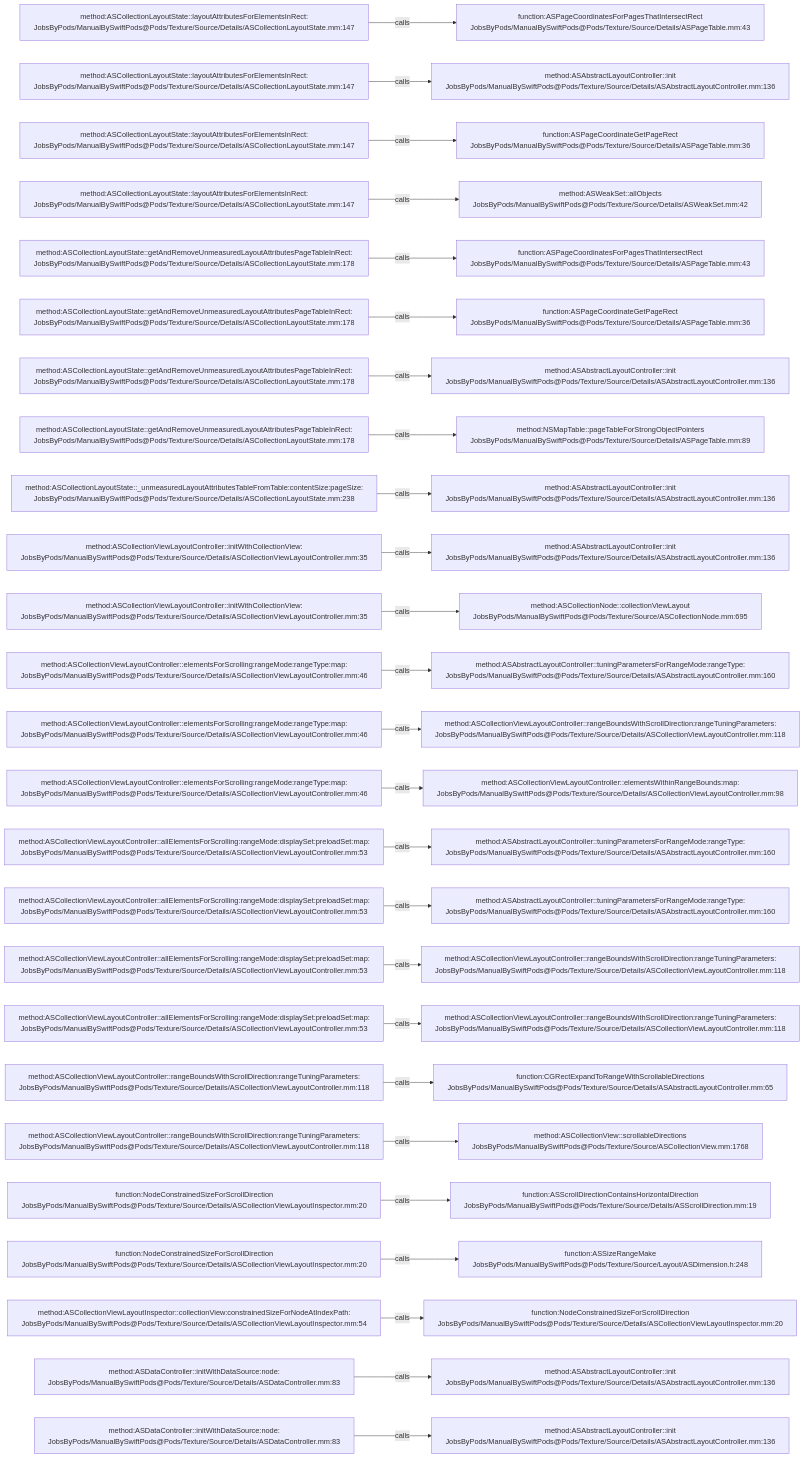
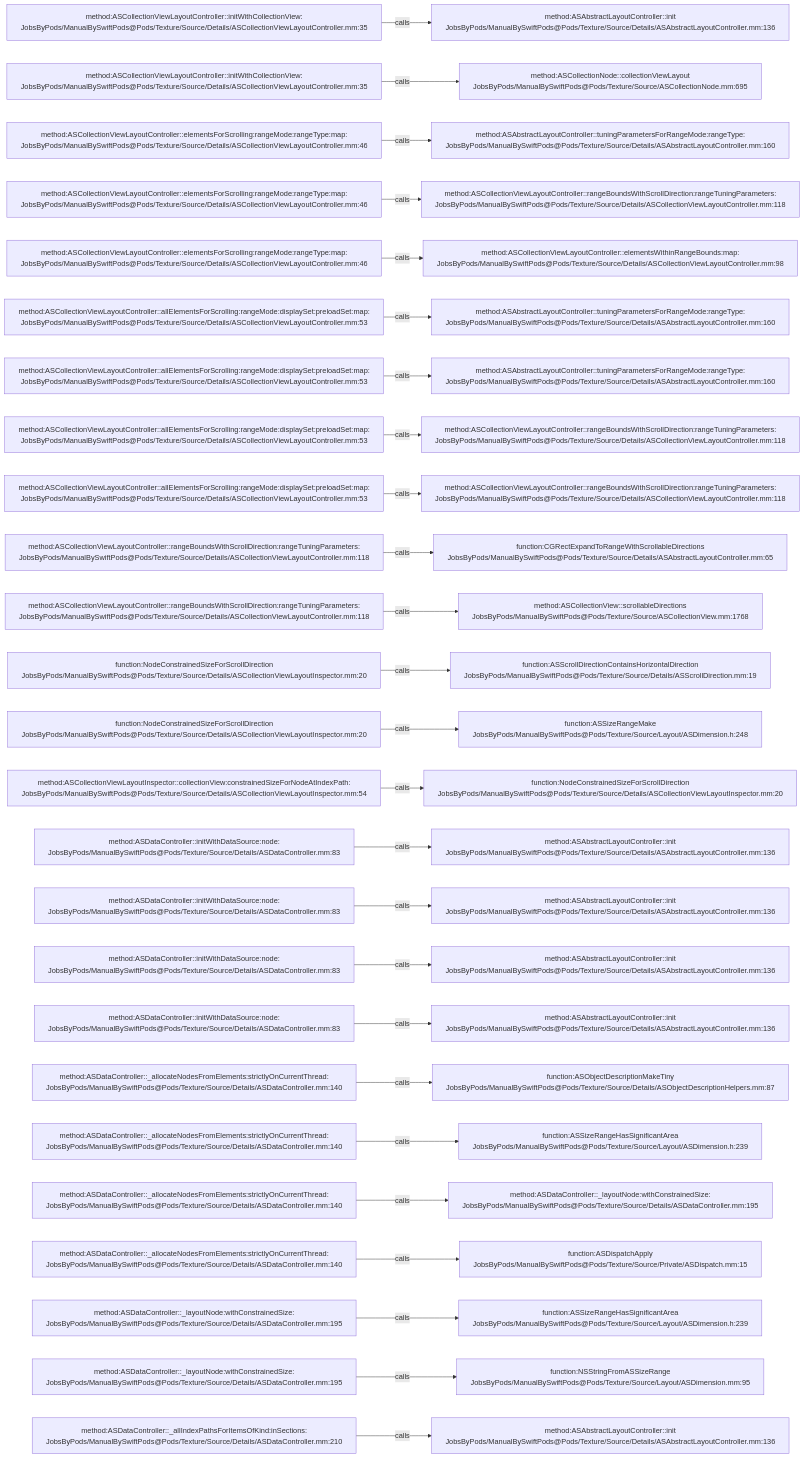
The diagram in .codegraph/codegraph.md/graphs/calls-084.md (JobsKits/JobsSwiftBaseConfigDemo), drawn with Mermaid before and after one commit. The commit also changed 707 other files, not shown here.

````diff
--- a/.codegraph/codegraph.md/graphs/calls-084.md
+++ b/.codegraph/codegraph.md/graphs/calls-084.md
@@ -13,78 +13,78 @@
 ```mermaid
 flowchart LR
-  S1["method:ASCollectionLayoutState::layoutAttributesForElementsInRect:<br/>JobsByPods/ManualBySwiftPods@Pods/Texture/Source/Details/ASCollectionLayoutState.mm:147"]
-  T1["function:ASPageCoordinatesForPagesThatIntersectRect<br/>JobsByPods/ManualBySwiftPods@Pods/Texture/Source/Details/ASPageTable.mm:43"]
+  S1["method:ASCollectionViewLayoutController::initWithCollectionView:<br/>JobsByPods/ManualBySwiftPods@Pods/Texture/Source/Details/ASCollectionViewLayoutController.mm:35"]
+  T1["method:ASAbstractLayoutController::init<br/>JobsByPods/ManualBySwiftPods@Pods/Texture/Source/Details/ASAbstractLayoutController.mm:136"]
   S1 -->|calls| T1
-  S2["method:ASCollectionLayoutState::layoutAttributesForElementsInRect:<br/>JobsByPods/ManualBySwiftPods@Pods/Texture/Source/Details/ASCollectionLayoutState.mm:147"]
-  T2["method:ASAbstractLayoutController::init<br/>JobsByPods/ManualBySwiftPods@Pods/Texture/Source/Details/ASAbstractLayoutController.mm:136"]
+  S2["method:ASCollectionViewLayoutController::initWithCollectionView:<br/>JobsByPods/ManualBySwiftPods@Pods/Texture/Source/Details/ASCollectionViewLayoutController.mm:35"]
+  T2["method:ASCollectionNode::collectionViewLayout<br/>JobsByPods/ManualBySwiftPods@Pods/Texture/Source/ASCollectionNode.mm:695"]
   S2 -->|calls| T2
-  S3["method:ASCollectionLayoutState::layoutAttributesForElementsInRect:<br/>JobsByPods/ManualBySwiftPods@Pods/Texture/Source/Details/ASCollectionLayoutState.mm:147"]
-  T3["function:ASPageCoordinateGetPageRect<br/>JobsByPods/ManualBySwiftPods@Pods/Texture/Source/Details/ASPageTable.mm:36"]
+  S3["method:ASCollectionViewLayoutController::elementsForScrolling:rangeMode:rangeType:map:<br/>JobsByPods/ManualBySwiftPods@Pods/Texture/Source/Details/ASCollectionViewLayoutController.mm:46"]
+  T3["method:ASAbstractLayoutController::tuningParametersForRangeMode:rangeType:<br/>JobsByPods/ManualBySwiftPods@Pods/Texture/Source/Details/ASAbstractLayoutController.mm:160"]
   S3 -->|calls| T3
-  S4["method:ASCollectionLayoutState::layoutAttributesForElementsInRect:<br/>JobsByPods/ManualBySwiftPods@Pods/Texture/Source/Details/ASCollectionLayoutState.mm:147"]
-  T4["method:ASWeakSet::allObjects<br/>JobsByPods/ManualBySwiftPods@Pods/Texture/Source/Details/ASWeakSet.mm:42"]
+  S4["method:ASCollectionViewLayoutController::elementsForScrolling:rangeMode:rangeType:map:<br/>JobsByPods/ManualBySwiftPods@Pods/Texture/Source/Details/ASCollectionViewLayoutController.mm:46"]
+  T4["method:ASCollectionViewLayoutController::rangeBoundsWithScrollDirection:rangeTuningParameters:<br/>JobsByPods/ManualBySwiftPods@Pods/Texture/Source/Details/ASCollectionViewLayoutController.mm:118"]
   S4 -->|calls| T4
-  S5["method:ASCollectionLayoutState::getAndRemoveUnmeasuredLayoutAttributesPageTableInRect:<br/>JobsByPods/ManualBySwiftPods@Pods/Texture/Source/Details/ASCollectionLayoutState.mm:178"]
-  T5["function:ASPageCoordinatesForPagesThatIntersectRect<br/>JobsByPods/ManualBySwiftPods@Pods/Texture/Source/Details/ASPageTable.mm:43"]
+  S5["method:ASCollectionViewLayoutController::elementsForScrolling:rangeMode:rangeType:map:<br/>JobsByPods/ManualBySwiftPods@Pods/Texture/Source/Details/ASCollectionViewLayoutController.mm:46"]
+  T5["method:ASCollectionViewLayoutController::elementsWithinRangeBounds:map:<br/>JobsByPods/ManualBySwiftPods@Pods/Texture/Source/Details/ASCollectionViewLayoutController.mm:98"]
   S5 -->|calls| T5
-  S6["method:ASCollectionLayoutState::getAndRemoveUnmeasuredLayoutAttributesPageTableInRect:<br/>JobsByPods/ManualBySwiftPods@Pods/Texture/Source/Details/ASCollectionLayoutState.mm:178"]
-  T6["function:ASPageCoordinateGetPageRect<br/>JobsByPods/ManualBySwiftPods@Pods/Texture/Source/Details/ASPageTable.mm:36"]
+  S6["method:ASCollectionViewLayoutController::allElementsForScrolling:rangeMode:displaySet:preloadSet:map:<br/>JobsByPods/ManualBySwiftPods@Pods/Texture/Source/Details/ASCollectionViewLayoutController.mm:53"]
+  T6["method:ASAbstractLayoutController::tuningParametersForRangeMode:rangeType:<br/>JobsByPods/ManualBySwiftPods@Pods/Texture/Source/Details/ASAbstractLayoutController.mm:160"]
   S6 -->|calls| T6
-  S7["method:ASCollectionLayoutState::getAndRemoveUnmeasuredLayoutAttributesPageTableInRect:<br/>JobsByPods/ManualBySwiftPods@Pods/Texture/Source/Details/ASCollectionLayoutState.mm:178"]
-  T7["method:ASAbstractLayoutController::init<br/>JobsByPods/ManualBySwiftPods@Pods/Texture/Source/Details/ASAbstractLayoutController.mm:136"]
+  S7["method:ASCollectionViewLayoutController::allElementsForScrolling:rangeMode:displaySet:preloadSet:map:<br/>JobsByPods/ManualBySwiftPods@Pods/Texture/Source/Details/ASCollectionViewLayoutController.mm:53"]
+  T7["method:ASAbstractLayoutController::tuningParametersForRangeMode:rangeType:<br/>JobsByPods/ManualBySwiftPods@Pods/Texture/Source/Details/ASAbstractLayoutController.mm:160"]
   S7 -->|calls| T7
-  S8["method:ASCollectionLayoutState::getAndRemoveUnmeasuredLayoutAttributesPageTableInRect:<br/>JobsByPods/ManualBySwiftPods@Pods/Texture/Source/Details/ASCollectionLayoutState.mm:178"]
-  T8["method:NSMapTable::pageTableForStrongObjectPointers<br/>JobsByPods/ManualBySwiftPods@Pods/Texture/Source/Details/ASPageTable.mm:89"]
+  S8["method:ASCollectionViewLayoutController::allElementsForScrolling:rangeMode:displaySet:preloadSet:map:<br/>JobsByPods/ManualBySwiftPods@Pods/Texture/Source/Details/ASCollectionViewLayoutController.mm:53"]
+  T8["method:ASCollectionViewLayoutController::rangeBoundsWithScrollDirection:rangeTuningParameters:<br/>JobsByPods/ManualBySwiftPods@Pods/Texture/Source/Details/ASCollectionViewLayoutController.mm:118"]
   S8 -->|calls| T8
-  S9["method:ASCollectionLayoutState::_unmeasuredLayoutAttributesTableFromTable:contentSize:pageSize:<br/>JobsByPods/ManualBySwiftPods@Pods/Texture/Source/Details/ASCollectionLayoutState.mm:238"]
-  T9["method:ASAbstractLayoutController::init<br/>JobsByPods/ManualBySwiftPods@Pods/Texture/Source/Details/ASAbstractLayoutController.mm:136"]
+  S9["method:ASCollectionViewLayoutController::allElementsForScrolling:rangeMode:displaySet:preloadSet:map:<br/>JobsByPods/ManualBySwiftPods@Pods/Texture/Source/Details/ASCollectionViewLayoutController.mm:53"]
+  T9["method:ASCollectionViewLayoutController::rangeBoundsWithScrollDirection:rangeTuningParameters:<br/>JobsByPods/ManualBySwiftPods@Pods/Texture/Source/Details/ASCollectionViewLayoutController.mm:118"]
   S9 -->|calls| T9
-  S10["method:ASCollectionViewLayoutController::initWithCollectionView:<br/>JobsByPods/ManualBySwiftPods@Pods/Texture/Source/Details/ASCollectionViewLayoutController.mm:35"]
-  T10["method:ASAbstractLayoutController::init<br/>JobsByPods/ManualBySwiftPods@Pods/Texture/Source/Details/ASAbstractLayoutController.mm:136"]
+  S10["method:ASCollectionViewLayoutController::rangeBoundsWithScrollDirection:rangeTuningParameters:<br/>JobsByPods/ManualBySwiftPods@Pods/Texture/Source/Details/ASCollectionViewLayoutController.mm:118"]
+  T10["function:CGRectExpandToRangeWithScrollableDirections<br/>JobsByPods/ManualBySwiftPods@Pods/Texture/Source/Details/ASAbstractLayoutController.mm:65"]
   S10 -->|calls| T10
-  S11["method:ASCollectionViewLayoutController::initWithCollectionView:<br/>JobsByPods/ManualBySwiftPods@Pods/Texture/Source/Details/ASCollectionViewLayoutController.mm:35"]
-  T11["method:ASCollectionNode::collectionViewLayout<br/>JobsByPods/ManualBySwiftPods@Pods/Texture/Source/ASCollectionNode.mm:695"]
+  S11["method:ASCollectionViewLayoutController::rangeBoundsWithScrollDirection:rangeTuningParameters:<br/>JobsByPods/ManualBySwiftPods@Pods/Texture/Source/Details/ASCollectionViewLayoutController.mm:118"]
+  T11["method:ASCollectionView::scrollableDirections<br/>JobsByPods/ManualBySwiftPods@Pods/Texture/Source/ASCollectionView.mm:1768"]
   S11 -->|calls| T11
-  S12["method:ASCollectionViewLayoutController::elementsForScrolling:rangeMode:rangeType:map:<br/>JobsByPods/ManualBySwiftPods@Pods/Texture/Source/Details/ASCollectionViewLayoutController.mm:46"]
-  T12["method:ASAbstractLayoutController::tuningParametersForRangeMode:rangeType:<br/>JobsByPods/ManualBySwiftPods@Pods/Texture/Source/Details/ASAbstractLayoutController.mm:160"]
+  S12["function:NodeConstrainedSizeForScrollDirection<br/>JobsByPods/ManualBySwiftPods@Pods/Texture/Source/Details/ASCollectionViewLayoutInspector.mm:20"]
+  T12["function:ASScrollDirectionContainsHorizontalDirection<br/>JobsByPods/ManualBySwiftPods@Pods/Texture/Source/Details/ASScrollDirection.mm:19"]
   S12 -->|calls| T12
-  S13["method:ASCollectionViewLayoutController::elementsForScrolling:rangeMode:rangeType:map:<br/>JobsByPods/ManualBySwiftPods@Pods/Texture/Source/Details/ASCollectionViewLayoutController.mm:46"]
-  T13["method:ASCollectionViewLayoutController::rangeBoundsWithScrollDirection:rangeTuningParameters:<br/>JobsByPods/ManualBySwiftPods@Pods/Texture/Source/Details/ASCollectionViewLayoutController.mm:118"]
+  S13["function:NodeConstrainedSizeForScrollDirection<br/>JobsByPods/ManualBySwiftPods@Pods/Texture/Source/Details/ASCollectionViewLayoutInspector.mm:20"]
+  T13["function:ASSizeRangeMake<br/>JobsByPods/ManualBySwiftPods@Pods/Texture/Source/Layout/ASDimension.h:248"]
   S13 -->|calls| T13
-  S14["method:ASCollectionViewLayoutController::elementsForScrolling:rangeMode:rangeType:map:<br/>JobsByPods/ManualBySwiftPods@Pods/Texture/Source/Details/ASCollectionViewLayoutController.mm:46"]
-  T14["method:ASCollectionViewLayoutController::elementsWithinRangeBounds:map:<br/>JobsByPods/ManualBySwiftPods@Pods/Texture/Source/Details/ASCollectionViewLayoutController.mm:98"]
+  S14["method:ASCollectionViewLayoutInspector::collectionView:constrainedSizeForNodeAtIndexPath:<br/>JobsByPods/ManualBySwiftPods@Pods/Texture/Source/Details/ASCollectionViewLayoutInspector.mm:54"]
+  T14["function:NodeConstrainedSizeForScrollDirection<br/>JobsByPods/ManualBySwiftPods@Pods/Texture/Source/Details/ASCollectionViewLayoutInspector.mm:20"]
   S14 -->|calls| T14
-  S15["method:ASCollectionViewLayoutController::allElementsForScrolling:rangeMode:displaySet:preloadSet:map:<br/>JobsByPods/ManualBySwiftPods@Pods/Texture/Source/Details/ASCollectionViewLayoutController.mm:53"]
-  T15["method:ASAbstractLayoutController::tuningParametersForRangeMode:rangeType:<br/>JobsByPods/ManualBySwiftPods@Pods/Texture/Source/Details/ASAbstractLayoutController.mm:160"]
+  S15["method:ASDataController::initWithDataSource:node:<br/>JobsByPods/ManualBySwiftPods@Pods/Texture/Source/Details/ASDataController.mm:83"]
+  T15["method:ASAbstractLayoutController::init<br/>JobsByPods/ManualBySwiftPods@Pods/Texture/Source/Details/ASAbstractLayoutController.mm:136"]
   S15 -->|calls| T15
-  S16["method:ASCollectionViewLayoutController::allElementsForScrolling:rangeMode:displaySet:preloadSet:map:<br/>JobsByPods/ManualBySwiftPods@Pods/Texture/Source/Details/ASCollectionViewLayoutController.mm:53"]
-  T16["method:ASAbstractLayoutController::tuningParametersForRangeMode:rangeType:<br/>JobsByPods/ManualBySwiftPods@Pods/Texture/Source/Details/ASAbstractLayoutController.mm:160"]
+  S16["method:ASDataController::initWithDataSource:node:<br/>JobsByPods/ManualBySwiftPods@Pods/Texture/Source/Details/ASDataController.mm:83"]
+  T16["method:ASAbstractLayoutController::init<br/>JobsByPods/ManualBySwiftPods@Pods/Texture/Source/Details/ASAbstractLayoutController.mm:136"]
   S16 -->|calls| T16
-  S17["method:ASCollectionViewLayoutController::allElementsForScrolling:rangeMode:displaySet:preloadSet:map:<br/>JobsByPods/ManualBySwiftPods@Pods/Texture/Source/Details/ASCollectionViewLayoutController.mm:53"]
-  T17["method:ASCollectionViewLayoutController::rangeBoundsWithScrollDirection:rangeTuningParameters:<br/>JobsByPods/ManualBySwiftPods@Pods/Texture/Source/Details/ASCollectionViewLayoutController.mm:118"]
+  S17["method:ASDataController::initWithDataSource:node:<br/>JobsByPods/ManualBySwiftPods@Pods/Texture/Source/Details/ASDataController.mm:83"]
+  T17["method:ASAbstractLayoutController::init<br/>JobsByPods/ManualBySwiftPods@Pods/Texture/Source/Details/ASAbstractLayoutController.mm:136"]
   S17 -->|calls| T17
-  S18["method:ASCollectionViewLayoutController::allElementsForScrolling:rangeMode:displaySet:preloadSet:map:<br/>JobsByPods/ManualBySwiftPods@Pods/Texture/Source/Details/ASCollectionViewLayoutController.mm:53"]
-  T18["method:ASCollectionViewLayoutController::rangeBoundsWithScrollDirection:rangeTuningParameters:<br/>JobsByPods/ManualBySwiftPods@Pods/Texture/Source/Details/ASCollectionViewLayoutController.mm:118"]
+  S18["method:ASDataController::initWithDataSource:node:<br/>JobsByPods/ManualBySwiftPods@Pods/Texture/Source/Details/ASDataController.mm:83"]
+  T18["method:ASAbstractLayoutController::init<br/>JobsByPods/ManualBySwiftPods@Pods/Texture/Source/Details/ASAbstractLayoutController.mm:136"]
   S18 -->|calls| T18
-  S19["method:ASCollectionViewLayoutController::rangeBoundsWithScrollDirection:rangeTuningParameters:<br/>JobsByPods/ManualBySwiftPods@Pods/Texture/Source/Details/ASCollectionViewLayoutController.mm:118"]
-  T19["function:CGRectExpandToRangeWithScrollableDirections<br/>JobsByPods/ManualBySwiftPods@Pods/Texture/Source/Details/ASAbstractLayoutController.mm:65"]
+  S19["method:ASDataController::_allocateNodesFromElements:strictlyOnCurrentThread:<br/>JobsByPods/ManualBySwiftPods@Pods/Texture/Source/Details/ASDataController.mm:140"]
+  T19["function:ASObjectDescriptionMakeTiny<br/>JobsByPods/ManualBySwiftPods@Pods/Texture/Source/Details/ASObjectDescriptionHelpers.mm:87"]
   S19 -->|calls| T19
-  S20["method:ASCollectionViewLayoutController::rangeBoundsWithScrollDirection:rangeTuningParameters:<br/>JobsByPods/ManualBySwiftPods@Pods/Texture/Source/Details/ASCollectionViewLayoutController.mm:118"]
-  T20["method:ASCollectionView::scrollableDirections<br/>JobsByPods/ManualBySwiftPods@Pods/Texture/Source/ASCollectionView.mm:1768"]
+  S20["method:ASDataController::_allocateNodesFromElements:strictlyOnCurrentThread:<br/>JobsByPods/ManualBySwiftPods@Pods/Texture/Source/Details/ASDataController.mm:140"]
+  T20["function:ASSizeRangeHasSignificantArea<br/>JobsByPods/ManualBySwiftPods@Pods/Texture/Source/Layout/ASDimension.h:239"]
   S20 -->|calls| T20
-  S21["function:NodeConstrainedSizeForScrollDirection<br/>JobsByPods/ManualBySwiftPods@Pods/Texture/Source/Details/ASCollectionViewLayoutInspector.mm:20"]
-  T21["function:ASScrollDirectionContainsHorizontalDirection<br/>JobsByPods/ManualBySwiftPods@Pods/Texture/Source/Details/ASScrollDirection.mm:19"]
+  S21["method:ASDataController::_allocateNodesFromElements:strictlyOnCurrentThread:<br/>JobsByPods/ManualBySwiftPods@Pods/Texture/Source/Details/ASDataController.mm:140"]
+  T21["method:ASDataController::_layoutNode:withConstrainedSize:<br/>JobsByPods/ManualBySwiftPods@Pods/Texture/Source/Details/ASDataController.mm:195"]
   S21 -->|calls| T21
-  S22["function:NodeConstrainedSizeForScrollDirection<br/>JobsByPods/ManualBySwiftPods@Pods/Texture/Source/Details/ASCollectionViewLayoutInspector.mm:20"]
-  T22["function:ASSizeRangeMake<br/>JobsByPods/ManualBySwiftPods@Pods/Texture/Source/Layout/ASDimension.h:248"]
+  S22["method:ASDataController::_allocateNodesFromElements:strictlyOnCurrentThread:<br/>JobsByPods/ManualBySwiftPods@Pods/Texture/Source/Details/ASDataController.mm:140"]
+  T22["function:ASDispatchApply<br/>JobsByPods/ManualBySwiftPods@Pods/Texture/Source/Private/ASDispatch.mm:15"]
   S22 -->|calls| T22
-  S23["method:ASCollectionViewLayoutInspector::collectionView:constrainedSizeForNodeAtIndexPath:<br/>JobsByPods/ManualBySwiftPods@Pods/Texture/Source/Details/ASCollectionViewLayoutInspector.mm:54"]
-  T23["function:NodeConstrainedSizeForScrollDirection<br/>JobsByPods/ManualBySwiftPods@Pods/Texture/Source/Details/ASCollectionViewLayoutInspector.mm:20"]
+  S23["method:ASDataController::_layoutNode:withConstrainedSize:<br/>JobsByPods/ManualBySwiftPods@Pods/Texture/Source/Details/ASDataController.mm:195"]
+  T23["function:ASSizeRangeHasSignificantArea<br/>JobsByPods/ManualBySwiftPods@Pods/Texture/Source/Layout/ASDimension.h:239"]
   S23 -->|calls| T23
-  S24["method:ASDataController::initWithDataSource:node:<br/>JobsByPods/ManualBySwiftPods@Pods/Texture/Source/Details/ASDataController.mm:83"]
-  T24["method:ASAbstractLayoutController::init<br/>JobsByPods/ManualBySwiftPods@Pods/Texture/Source/Details/ASAbstractLayoutController.mm:136"]
+  S24["method:ASDataController::_layoutNode:withConstrainedSize:<br/>JobsByPods/ManualBySwiftPods@Pods/Texture/Source/Details/ASDataController.mm:195"]
+  T24["function:NSStringFromASSizeRange<br/>JobsByPods/ManualBySwiftPods@Pods/Texture/Source/Layout/ASDimension.mm:95"]
   S24 -->|calls| T24
-  S25["method:ASDataController::initWithDataSource:node:<br/>JobsByPods/ManualBySwiftPods@Pods/Texture/Source/Details/ASDataController.mm:83"]
+  S25["method:ASDataController::_allIndexPathsForItemsOfKind:inSections:<br/>JobsByPods/ManualBySwiftPods@Pods/Texture/Source/Details/ASDataController.mm:210"]
   T25["method:ASAbstractLayoutController::init<br/>JobsByPods/ManualBySwiftPods@Pods/Texture/Source/Details/ASAbstractLayoutController.mm:136"]
   S25 -->|calls| T25
 ```
````
